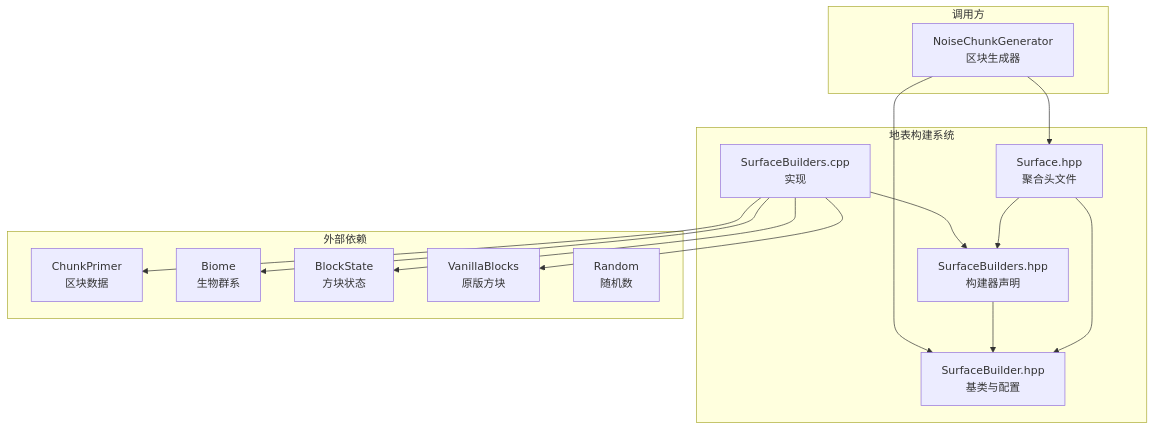
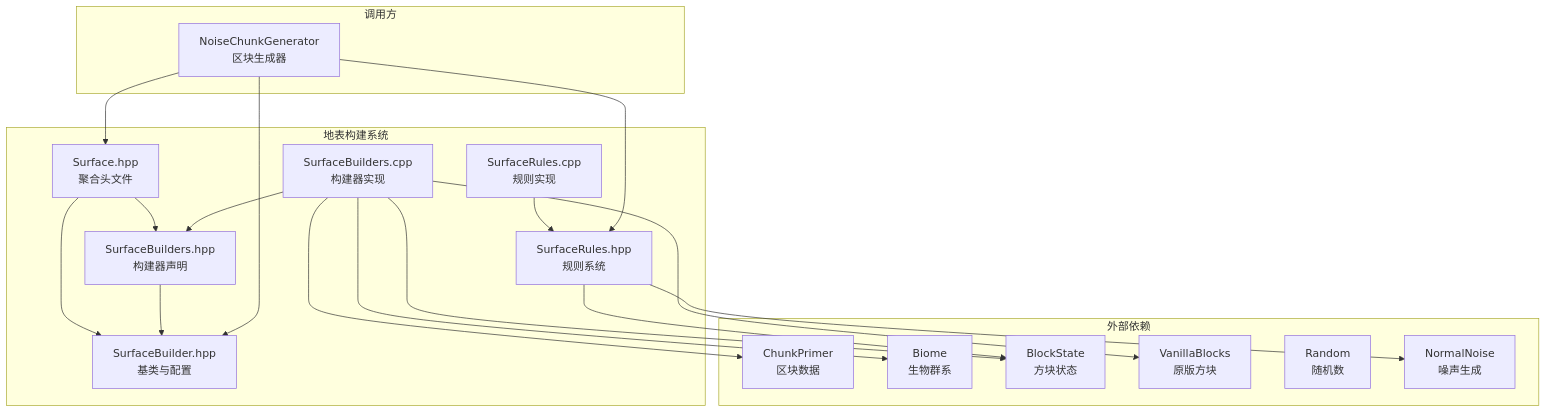
Before and after one commit to g122622/Cubium: the diagram in src/common/world/gen/surface/README.md, drawn with Mermaid. The commit also changed other lines of this file and 298 other files, not shown here.

````diff
--- a/src/common/world/gen/surface/README.md
+++ b/src/common/world/gen/surface/README.md
@@ -161,33 +25,40 @@
 ```mermaid
 graph TB
     subgraph "地表构建系统"
         Surface[Surface.hpp<br/>聚合头文件]
         Builder[SurfaceBuilder.hpp<br/>基类与配置]
         Builders[SurfaceBuilders.hpp<br/>构建器声明]
-        Impl[SurfaceBuilders.cpp<br/>实现]
+        Rules[SurfaceRules.hpp<br/>规则系统]
+        Impl[SurfaceBuilders.cpp<br/>构建器实现]
+        RulesImpl[SurfaceRules.cpp<br/>规则实现]
     end
 
     subgraph "外部依赖"
         ChunkPrimer[ChunkPrimer<br/>区块数据]
         Biome[Biome<br/>生物群系]
         BlockState[BlockState<br/>方块状态]
         VanillaBlocks[VanillaBlocks<br/>原版方块]
         Random[Random<br/>随机数]
+        NormalNoise[NormalNoise<br/>噪声生成]
     end
 
     subgraph "调用方"
         NoiseChunkGenerator[NoiseChunkGenerator<br/>区块生成器]
     end
 
     Surface --> Builder
     Surface --> Builders
     Builders --> Builder
     Impl --> Builders
     Impl --> ChunkPrimer
     Impl --> Biome
     Impl --> BlockState
     Impl --> VanillaBlocks
+    Rules --> NormalNoise
+    Rules --> BlockState
+    RulesImpl --> Rules
 
     NoiseChunkGenerator --> Surface
     NoiseChunkGenerator --> Builder
+    NoiseChunkGenerator --> Rules
 ```
````
